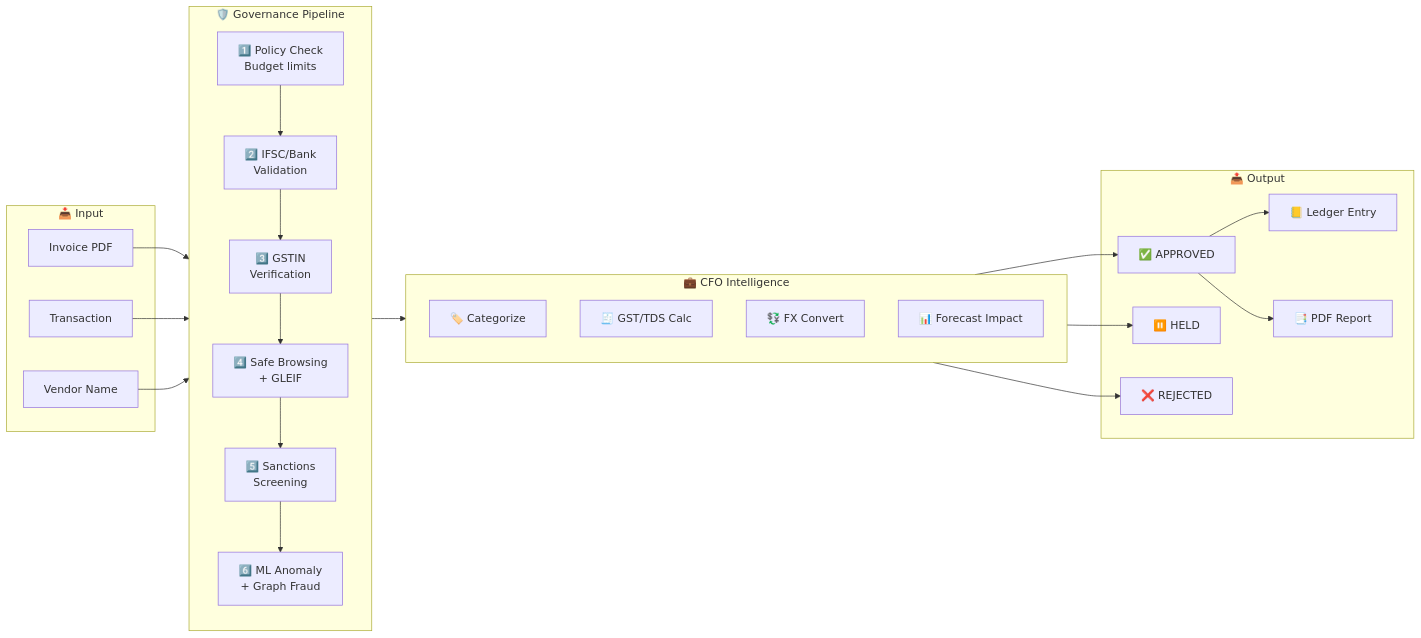
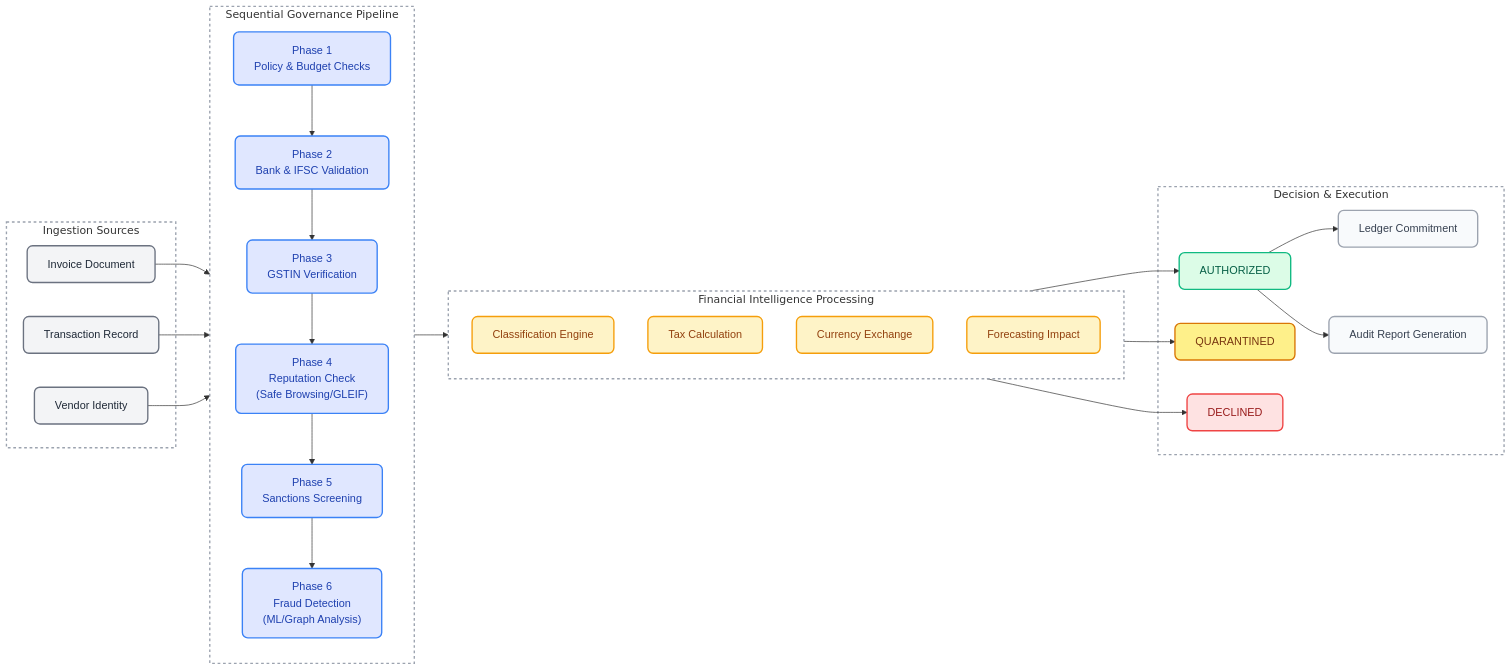
The diagram in docs/diagrams/governance_pipeline.mmd (guglxni/VyapaarClaw), drawn with Mermaid before and after one commit. The commit also changed 5 other files, not shown here.

First line of the commit message:
docs: upgrade architecture and flow diagrams to professional grade

```diff
--- a/docs/diagrams/governance_pipeline.mmd
+++ b/docs/diagrams/governance_pipeline.mmd
@@ -1,45 +1,59 @@
 flowchart LR
-    subgraph Input["📥 Input"]
-        INV["Invoice PDF"]
-        TXN["Transaction"]
-        VENDOR["Vendor Name"]
+    %% Professional Pipeline Styling
+    classDef default fill:#FFFFFF,stroke:#333333,stroke-width:2px,color:#333333,font-family:sans-serif;
+    classDef input fill:#F3F4F6,stroke:#6B7280,color:#1F2937,rx:8,ry:8,stroke-width:2px;
+    classDef pipeline fill:#E0E7FF,stroke:#3B82F6,color:#1E40AF,rx:8,ry:8,stroke-width:2px;
+    classDef intel fill:#FEF3C7,stroke:#F59E0B,color:#92400E,rx:8,ry:8,stroke-width:2px;
+    classDef approve fill:#DCFCE7,stroke:#10B981,color:#065F46,rx:8,ry:8,stroke-width:2px;
+    classDef hold fill:#FEF08A,stroke:#D97706,color:#78350F,rx:8,ry:8,stroke-width:2px;
+    classDef reject fill:#FEE2E2,stroke:#EF4444,color:#991B1B,rx:8,ry:8,stroke-width:2px;
+    classDef output fill:#F8FAFC,stroke:#9CA3AF,color:#374151,rx:8,ry:8,stroke-width:2px;
+    classDef boundary fill:none,stroke:#9CA3AF,stroke-width:2px,stroke-dasharray: 4 4;
+
+    subgraph InputBoundary[Ingestion Sources]
+        INV["Invoice Document"]:::input
+        TXN["Transaction Record"]:::input
+        VENDOR["Vendor Identity"]:::input
     end
 
-    subgraph Pipeline["🛡️ Governance Pipeline"]
+    subgraph PipelineBoundary[Sequential Governance Pipeline]
         direction TB
-        P1["1️⃣ Policy Check<br/>Budget limits"]
-        P2["2️⃣ IFSC/Bank<br/>Validation"]
-        P3["3️⃣ GSTIN<br/>Verification"]
-        P4["4️⃣ Safe Browsing<br/>+ GLEIF"]
-        P5["5️⃣ Sanctions<br/>Screening"]
-        P6["6️⃣ ML Anomaly<br/>+ Graph Fraud"]
+        P1["Phase 1<br/>Policy & Budget Checks"]:::pipeline
+        P2["Phase 2<br/>Bank & IFSC Validation"]:::pipeline
+        P3["Phase 3<br/>GSTIN Verification"]:::pipeline
+        P4["Phase 4<br/>Reputation Check<br/>(Safe Browsing/GLEIF)"]:::pipeline
+        P5["Phase 5<br/>Sanctions Screening"]:::pipeline
+        P6["Phase 6<br/>Fraud Detection<br/>(ML/Graph Analysis)"]:::pipeline
         
         P1 --> P2 --> P3 --> P4 --> P5 --> P6
     end
 
-    subgraph CFO["💼 CFO Intelligence"]
+    subgraph CFOBoundary[Financial Intelligence Processing]
         direction TB
-        CAT["🏷️ Categorize"]
-        GST["🧾 GST/TDS Calc"]
-        FX2["💱 FX Convert"]
-        FORE["📊 Forecast Impact"]
+        CAT["Classification Engine"]:::intel
+        GST["Tax Calculation"]:::intel
+        FX2["Currency Exchange"]:::intel
+        FORE["Forecasting Impact"]:::intel
     end
 
-    subgraph Output["📤 Output"]
-        APR["✅ APPROVED"]
-        HLD["⏸️ HELD"]
-        REJ["❌ REJECTED"]
-        LED2["📒 Ledger Entry"]
-        RPT2["📑 PDF Report"]
+    subgraph ResolutionBoundary[Decision & Execution]
+        APR["AUTHORIZED"]:::approve
+        HLD["QUARANTINED"]:::hold
+        REJ["DECLINED"]:::reject
+        LED2["Ledger Commitment"]:::output
+        RPT2["Audit Report Generation"]:::output
     end
 
-    INV --> Pipeline
-    TXN --> Pipeline
-    VENDOR --> Pipeline
+    INV --> PipelineBoundary
+    TXN --> PipelineBoundary
+    VENDOR --> PipelineBoundary
     
-    Pipeline --> CFO
-    CFO --> APR
-    CFO --> HLD
-    CFO --> REJ
+    PipelineBoundary --> CFOBoundary
+    CFOBoundary --> APR
+    CFOBoundary --> HLD
+    CFOBoundary --> REJ
+    
     APR --> LED2
     APR --> RPT2
+
+    class InputBoundary,PipelineBoundary,CFOBoundary,ResolutionBoundary boundary
```
